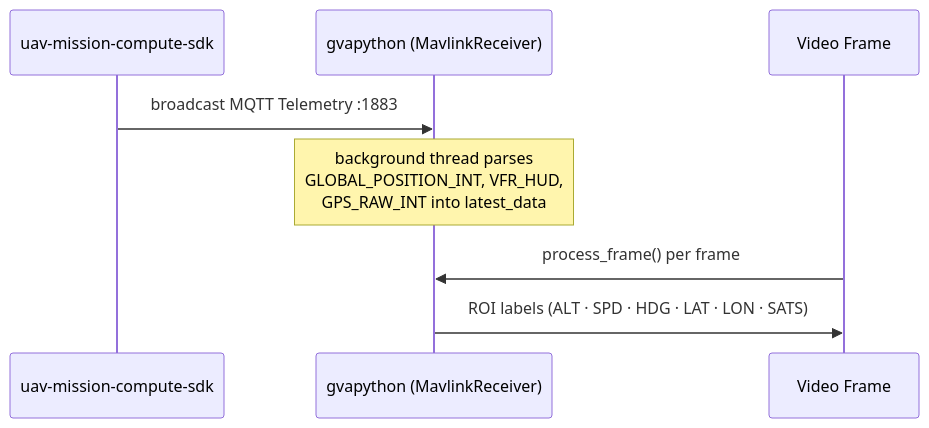
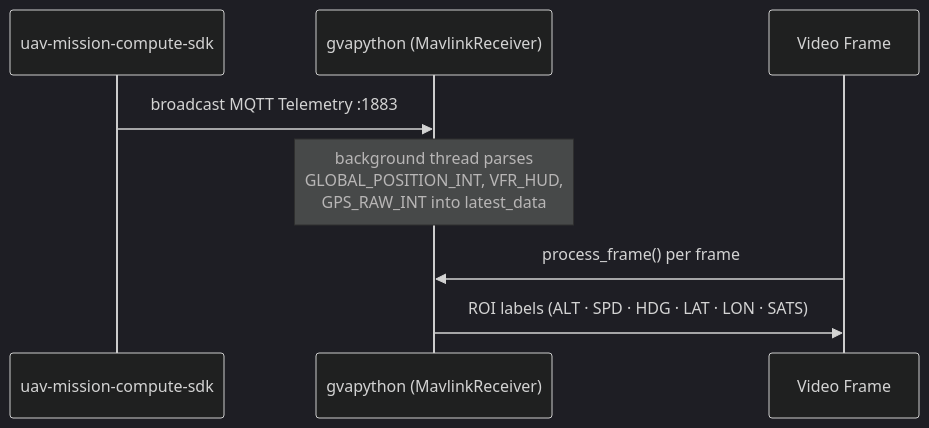
The diagram in uav-vision-analytics/docs/user-guide/get-started/get-started-uavsdk.md (open-edge-platform/federal-and-aerospace-ai-suite), drawn with Mermaid before and after one commit. The commit also changed other lines of this file and 22 other files, not shown here.

````diff
--- a/uav-vision-analytics/docs/user-guide/get-started/get-started-uavsdk.md
+++ b/uav-vision-analytics/docs/user-guide/get-started/get-started-uavsdk.md
@@ -20,11 +20,14 @@
 ```mermaid
+---
+config: {"theme": "dark"}
+---
 sequenceDiagram
     participant SDK as uav-mission-compute-sdk
     participant OVL as gvapython (MavlinkReceiver)
     participant Frame as Video Frame
 
     SDK->>OVL: broadcast MQTT Telemetry :1883
     Note over OVL: background thread parses<br/>GLOBAL_POSITION_INT, VFR_HUD,<br/>GPS_RAW_INT into latest_data
     Frame->>OVL: process_frame() per frame
     OVL->>Frame: ROI labels (ALT · SPD · HDG · LAT · LON · SATS)
 ```
````
